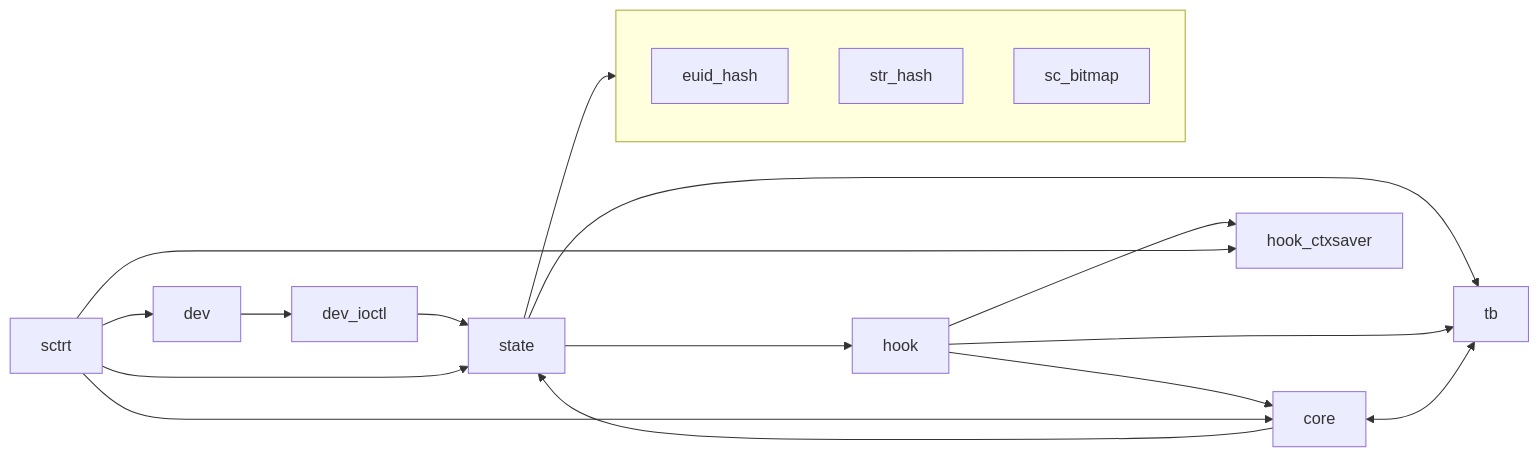
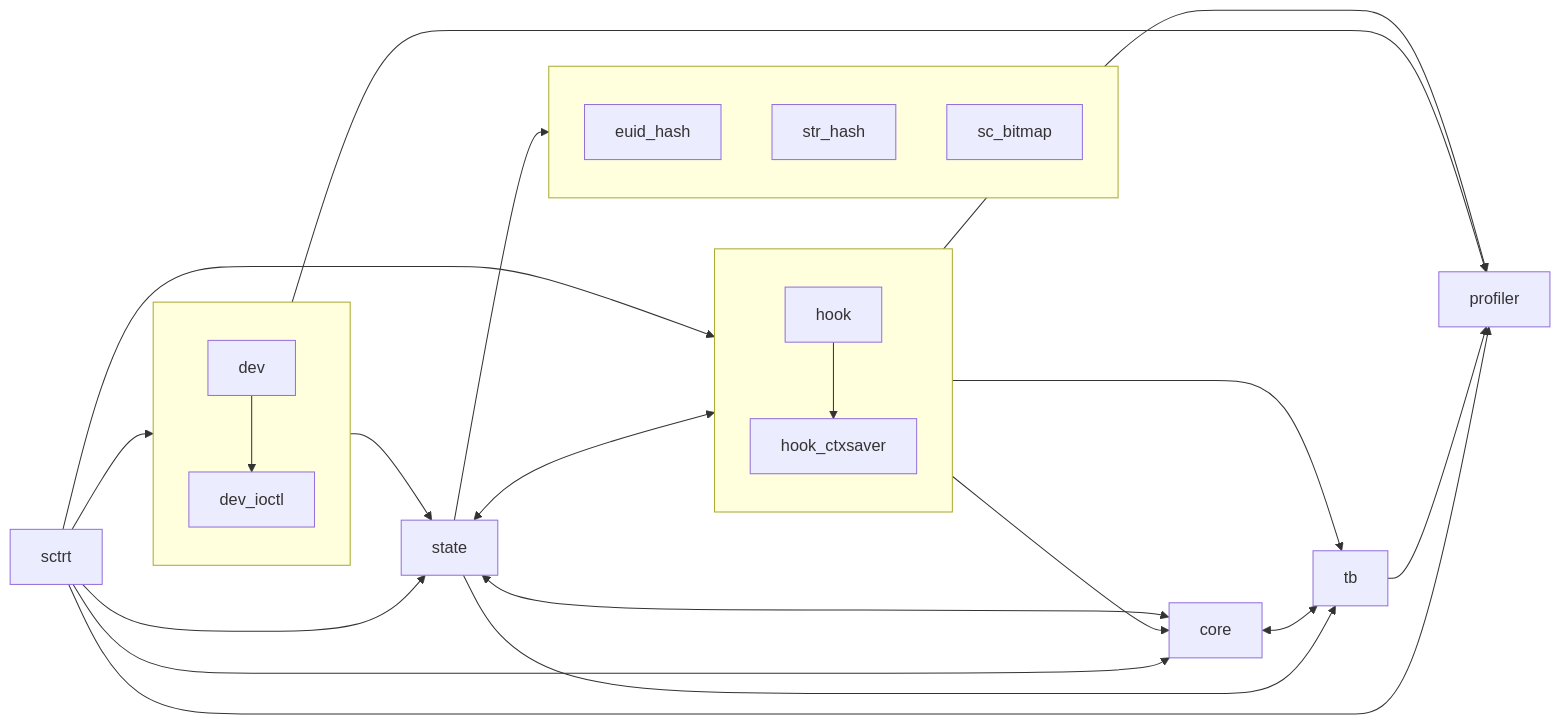
Before and after one commit to AlessandroFinocchi/SOA_sc_throttle_lkm: the diagram in docs/architecture.md, drawn with Mermaid. The commit also changed other lines of this file and 2 other files, not shown here.

Commit message:
Refactoring + docs pt. 4

````diff
--- a/docs/architecture.md
+++ b/docs/architecture.md
@@ -3,48 +3,62 @@
 ```mermaid
 flowchart LR
     %% Subgraph encapsulating the target data structures
+
+    %% Core state and logic components
+    sctrt[sctrt]
+    state_node[state]
+    core[core]
+    tb[tb]
+    profiler[profiler]
+
     subgraph DS [ ]
         direction TB
         euid_hash[euid_hash]
         str_hash[str_hash]
         sc_bitmap[sc_bitmap]
     end
 
-    %% Core state and logic components
-    state_node[state]
-    core[core]
-    tb[tb]
-    hook[hook]
+    %% System Call Table and Hooking Context
+    subgraph HK [ ]
+        direction TB
+        hook[hook]
+        hook_ctxsaver[hook_ctxsaver]
+    end
     
     %% Device and IOCTL interfaces
-    dev_ioctl[dev_ioctl]
-    dev[dev]
+    subgraph DEV [ ]
+        direction TB
+        dev_ioctl[dev_ioctl]
+        dev[dev]
+    end
     
-    %% System Call Table and Hooking Context
-    hook_ctxsaver[hook_ctxsaver]
-    sctrt[sctrt]
 
     %% Edge Definitions (State)
     state_node --> DS
-    state_node --> hook
+    state_node <--> hook
     state_node --> tb
     
     %% Edge Definitions (Device IOCTL)
     dev_ioctl --> state_node
+    dev_ioctl --> profiler
     dev --> dev_ioctl
     
     %% Edge Definitions (Hooks)
     hook --> tb
     hook --> hook_ctxsaver
     hook --> core
+    hook --> profiler
     
     %% Edge Definitions (Core)
-    core --> state_node
+    core <--> state_node
     core <--> tb
     
-    %% Edge Definitions (System Call Table modifications)
+    %% Edge Definitions (Throttler)
     sctrt --> state_node
     sctrt --> dev
     sctrt --> hook_ctxsaver
     sctrt --> core
+    sctrt --> profiler
+
+    tb --> profiler
 ```
````
